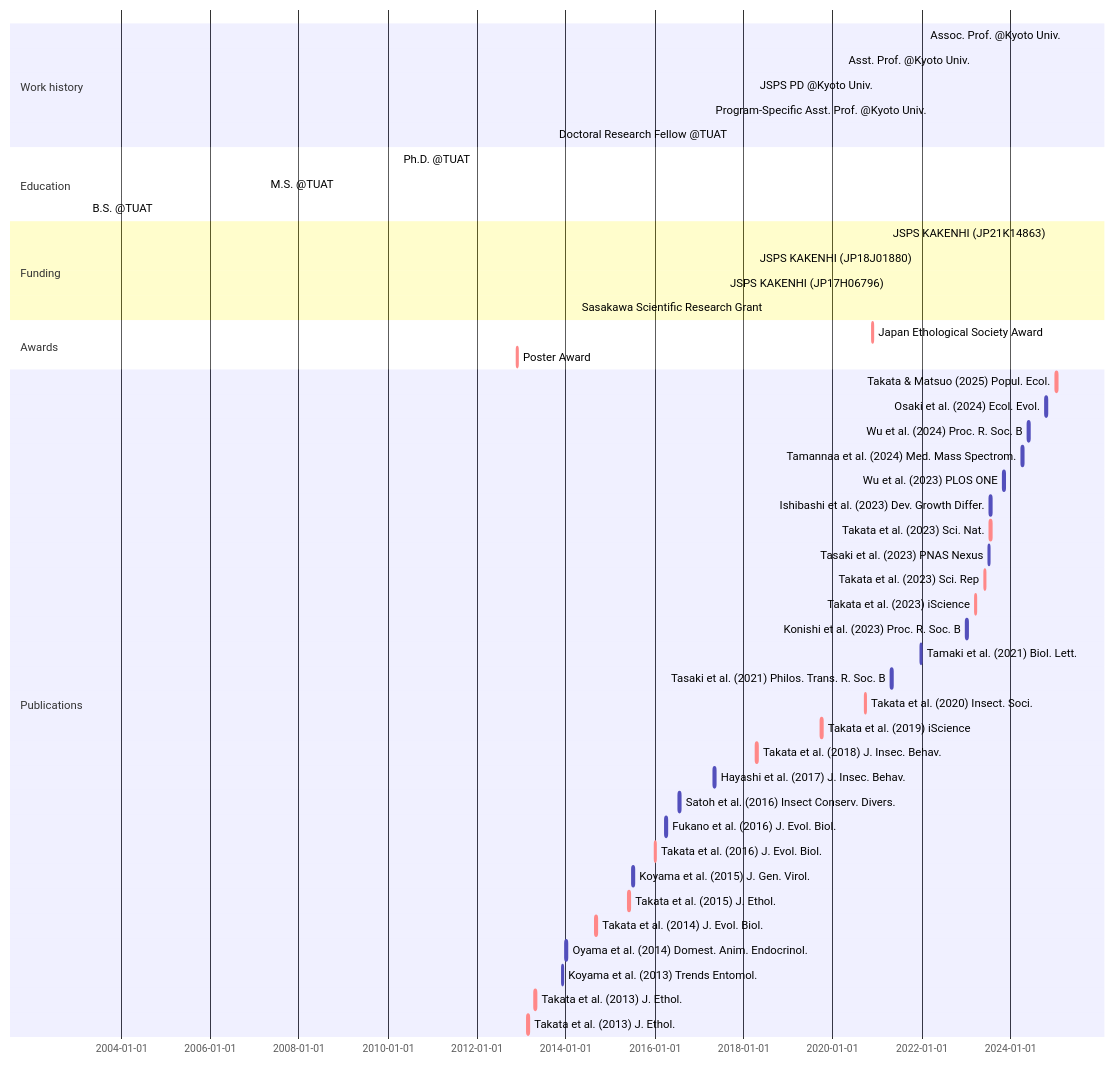
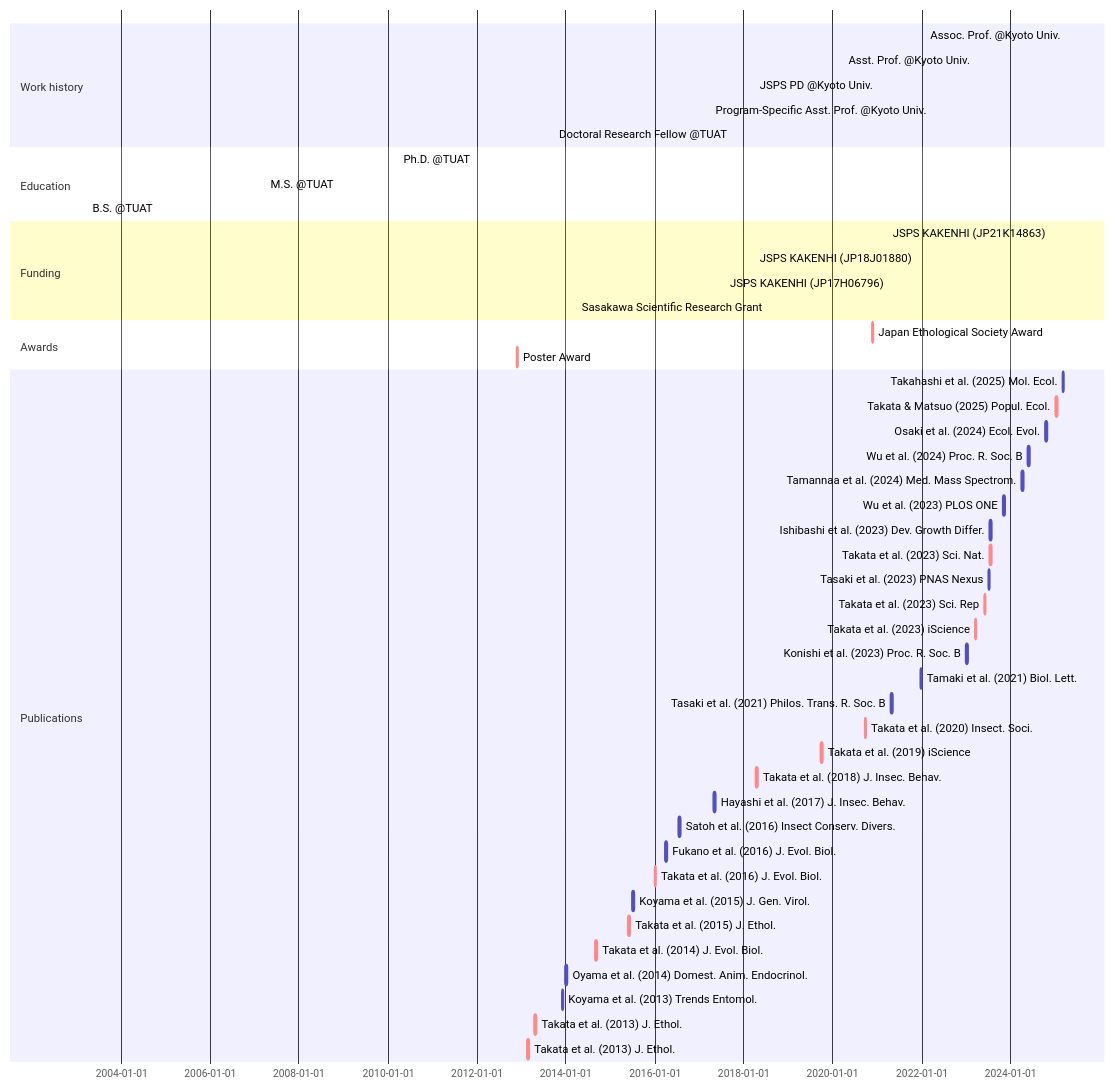
The diagram in _includes/mermaid-cv.md (MamoruTakata/MamoruTakata.github.io), drawn with Mermaid before and after one commit.

````diff
--- a/_includes/mermaid-cv.md
+++ b/_includes/mermaid-cv.md
@@ -1,53 +1,54 @@
 ```mermaid
 gantt
 section Work history
   Assoc. Prof. @Kyoto Univ.                     : active, Assoc. Prof., 2025-04-01, 2030-03-31
   Asst. Prof. @Kyoto Univ.                      : active, Asst. Prof., 2020-04-01, 2025-03-31
   JSPS PD @Kyoto Univ.                          : active, PD, 2018-04-01, 2020-03-31
   Program-Specific Asst. Prof. @Kyoto Univ.     : active, Program-Specific Asst. Prof., 2017-04-01, 2018-03-31
   Doctoral Research Fellow @TUAT                : active, Program-Specific Asst. Prof., 2013-10-01, 2017-03-31
 
 section Education
   Ph.D. @TUAT    : Ph.D., 2010-04-01, 2013-09-18
   M.S. @TUAT     : M.S., 2007-04-01, 2010-03-31
   B.S. @TUAT     : B.S., 2003-04-01, 2007-03-31
 
 section Funding
   JSPS KAKENHI (JP21K14863)                     : active, grant_young, 2021-04-01, 2026-03-31
   JSPS KAKENHI (JP18J01880)                     : active, grant_PD, 2018-04-01, 2021-03-31
   JSPS KAKENHI (JP17H06796)                     : active, grant_start, 2017-08-01, 2018-03-31
   Sasakawa Scientific Research Grant            : active, grant_Sasagawa, 2014-04-01, 2015-03-31
 
 section Awards
   Japan Ethological Society Award               : crit, aw_2, 2020-11-21, 2w
   Poster Award                                  : crit, aw_1, 2012-11-24, 2w
 
 section Publications
+  Takahashi et al. (2025) Mol. Ecol.            :       Takahashi et al. 2025, 2025-03-04, 2w
   Takata & Matsuo (2025) Popul. Ecol.           : crit, Takata & Matsuo 2025, 2025-01-07, 2w
   Osaki et al. (2024) Ecol. Evol.               :       Osaki et al. 2024, 2024-10-17, 2w
   Wu et al. (2024) Proc. R. Soc. B              :       Wu et al. 2024, 2024-05-22, 2w
   Tamannaa et al. (2024) Med. Mass Spectrom.    :       Tamannaa et al. 2024, 2024-04-01, 2w
   Wu et al. (2023) PLOS ONE                     :       Wu et al. 2023, 2023-11-02, 2w
   Ishibashi et al. (2023) Dev. Growth Differ.   :       Ishibashi et al. 2023, 2023-07-18, 2w
   Takata et al. (2023) Sci. Nat.                : crit, Takata et al. 2023c, 2023-07-17, 2w
   Tasaki et al. (2023) PNAS Nexus               :       Tasaki et al. 2023, 2023-07-04, 2w
   Takata et al. (2023) Sci. Rep                 : crit, Takata et al. 2023b, 2023-05-31, 2w
   Takata et al. (2023) iScience                 : crit, Takata et al. 2023a, 2023-03-17, 2w
   Konishi et al. (2023) Proc. R. Soc. B         :       Konishi et al. 2023, 2023-01-04, 2w
   Tamaki et al. (2021) Biol. Lett.              :       Tamaki et al. 2021, 2021-12-22, 2w
   Tasaki et al. (2021) Philos. Trans. R. Soc. B :       Tasaki et al. 2021, 2021-04-26, 2w
   Takata et al. (2020) Insect. Soci.            : crit, Takata et al. 2020, 2020-09-22, 2w
   Takata et al. (2019) iScience                 : crit, Takata et al. 2019, 2019-09-27, 2w
   Takata et al. (2018) J. Insec. Behav.         : crit, Takata et al. 2018, 2018-04-14, 2w
   Hayashi et al. (2017) J. Insec. Behav.        :       Hayashi et al. 2017, 2017-04-29, 2w
   Satoh et al. (2016) Insect Conserv. Divers.   :       Satoh et al. 2016, 2016-07-16, 2w
   Fukano et al. (2016) J. Evol. Biol.           :       Fukano et al. 2016, 2016-04-01, 2w
   Takata et al. (2016) J. Evol. Biol.           : crit, Takata et al. 2016, 2016-01-01, 2w
   Koyama et al. (2015) J. Gen. Virol.           :       Koyama et al. 2015, 2015-07-01, 2w
   Takata et al. (2015) J. Ethol.                : crit, Takata et al. 2015, 2015-05-28, 2w
   Takata et al. (2014) J. Evol. Biol.           : crit, Takata et al. 2014, 2014-09-01, 2w
   Oyama et al. (2014) Domest. Anim. Endocrinol. :       Oyama et al. 2014, 2014-01-01, 2w
   Koyama et al. (2013) Trends Entomol.          :       Koyama et al. 2013, 2013-12-01, 2w
   Takata et al. (2013) J. Ethol.                : crit, Takata et al. 2015b, 2013-04-21, 2w
   Takata et al. (2013) J. Ethol.                : crit, Takata et al. 2015a, 2013-02-23, 2w
 ```
````
